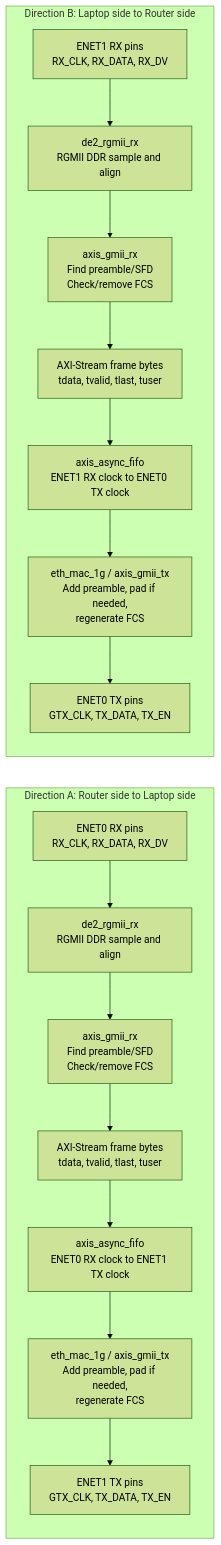
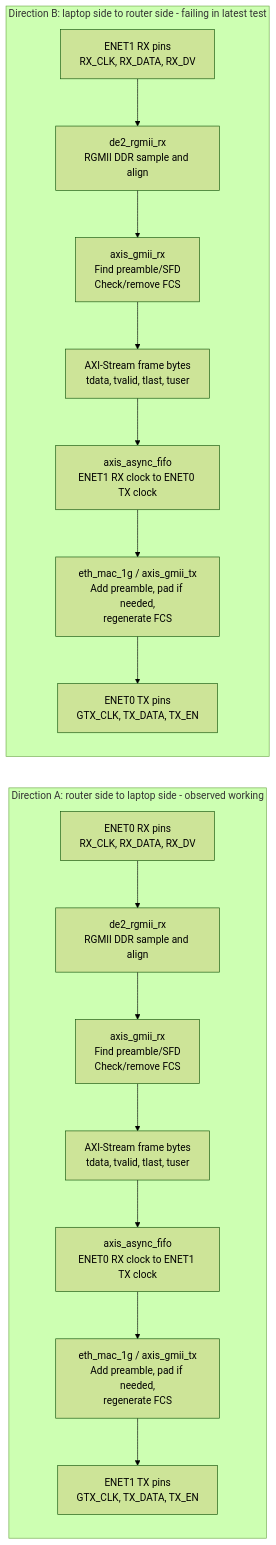
The fourth of 6 diagrams in docs/code_flowchart.md (TheMohammadKhalil/fpga-based-network-firewall), drawn with Mermaid (forest theme) before and after one commit. The commit also changed other lines of this file, not shown here.

Commit message:
flowchart edits

````diff
--- a/docs/code_flowchart.md
+++ b/docs/code_flowchart.md
@@ -82,26 +109,26 @@
 ```mermaid
 flowchart LR
-    subgraph DIR01["Direction A: Router side to Laptop side"]
+    subgraph DIR01["Direction A: router side to laptop side - observed working"]
         P0RX[ENET0 RX pins<br/>RX_CLK, RX_DATA, RX_DV]
         D0[de2_rgmii_rx<br/>RGMII DDR sample and align]
         G0[axis_gmii_rx<br/>Find preamble/SFD<br/>Check/remove FCS]
         S0[AXI-Stream frame bytes<br/>tdata, tvalid, tlast, tuser]
         F01[axis_async_fifo<br/>ENET0 RX clock to ENET1 TX clock]
         T1[eth_mac_1g / axis_gmii_tx<br/>Add preamble, pad if needed,<br/>regenerate FCS]
         P1TX[ENET1 TX pins<br/>GTX_CLK, TX_DATA, TX_EN]
 
         P0RX --> D0 --> G0 --> S0 --> F01 --> T1 --> P1TX
     end
 
-    subgraph DIR10["Direction B: Laptop side to Router side"]
+    subgraph DIR10["Direction B: laptop side to router side - failing in latest test"]
         P1RX[ENET1 RX pins<br/>RX_CLK, RX_DATA, RX_DV]
         D1[de2_rgmii_rx<br/>RGMII DDR sample and align]
         G1[axis_gmii_rx<br/>Find preamble/SFD<br/>Check/remove FCS]
         S1[AXI-Stream frame bytes<br/>tdata, tvalid, tlast, tuser]
         F10[axis_async_fifo<br/>ENET1 RX clock to ENET0 TX clock]
         T0[eth_mac_1g / axis_gmii_tx<br/>Add preamble, pad if needed,<br/>regenerate FCS]
         P0TX[ENET0 TX pins<br/>GTX_CLK, TX_DATA, TX_EN]
 
         P1RX --> D1 --> G1 --> S1 --> F10 --> T0 --> P0TX
     end
 ```
````
